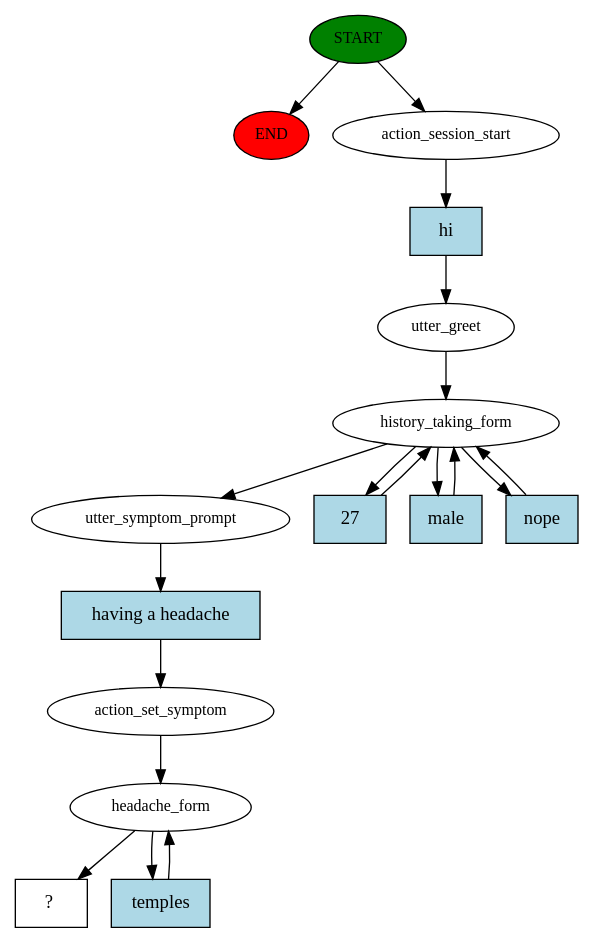
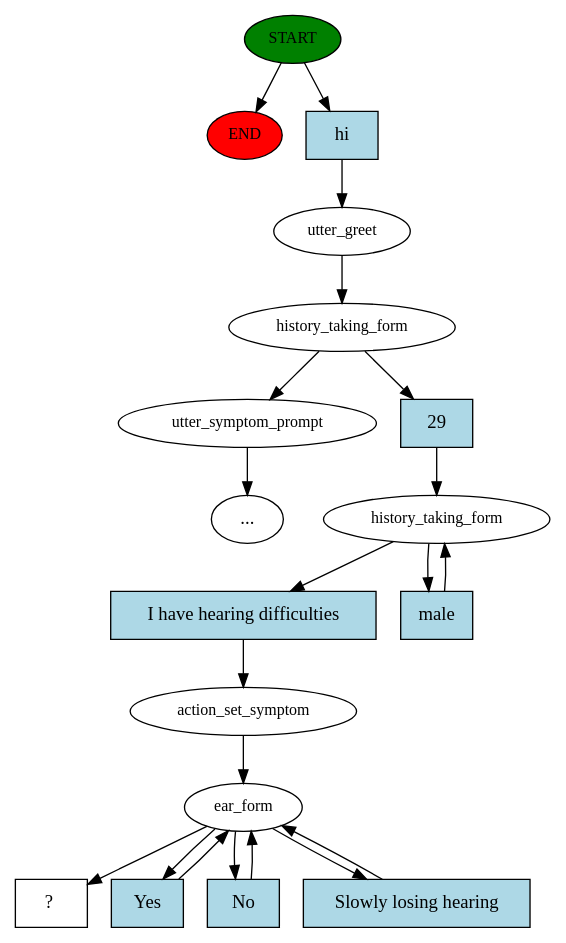
One commit to owen-yap/rasa-cyberlife changed the diagram in story_graph.dot. Above: the diagram before and after it, drawn with Graphviz. The commit also changed 21 other files, not shown here.

```diff
--- a/story_graph.dot
+++ b/story_graph.dot
@@ -1,35 +1,39 @@
 digraph  {
 0 [class="start active", fillcolor=green, fontsize=12, label=START, style=filled];
 "-1" [class=end, fillcolor=red, fontsize=12, label=END, style=filled];
-1 [class=active, fontsize=12, label=action_session_start];
-2 [class=active, fontsize=12, label=utter_greet];
-3 [class=active, fontsize=12, label=history_taking_form];
-7 [class=active, fontsize=12, label=utter_symptom_prompt];
+1 [class=active, fontsize=12, label=utter_greet];
+2 [class=active, fontsize=12, label=history_taking_form];
+3 [class="", fontsize=12, label=utter_symptom_prompt];
+"-3" [class=ellipsis, label="..."];
+6 [class=active, fontsize=12, label=history_taking_form];
 8 [class=active, fontsize=12, label=action_set_symptom];
-9 [class=active, fontsize=12, label=headache_form];
-11 [class="intent dashed active", label="  ?  ", shape=rect];
-12 [class="intent active", fillcolor=lightblue, label=hi, shape=rect, style=filled];
-13 [class="intent active", fillcolor=lightblue, label=27, shape=rect, style=filled];
-14 [class="intent active", fillcolor=lightblue, label=male, shape=rect, style=filled];
-15 [class="intent active", fillcolor=lightblue, label=nope, shape=rect, style=filled];
-16 [class="intent active", fillcolor=lightblue, label="having a headache", shape=rect, style=filled];
-17 [class="intent active", fillcolor=lightblue, label=temples, shape=rect, style=filled];
+9 [class=active, fontsize=12, label=ear_form];
+13 [class="intent dashed active", label="  ?  ", shape=rect];
+14 [class="intent active", fillcolor=lightblue, label=hi, shape=rect, style=filled];
+15 [class="intent active", fillcolor=lightblue, label=29, shape=rect, style=filled];
+16 [class="intent active", fillcolor=lightblue, label="I have hearing difficulties", shape=rect, style=filled];
+17 [class="intent active", fillcolor=lightblue, label=male, shape=rect, style=filled];
+18 [class="intent active", fillcolor=lightblue, label=Yes, shape=rect, style=filled];
+19 [class="intent active", fillcolor=lightblue, label=No, shape=rect, style=filled];
+20 [class="intent active", fillcolor=lightblue, label="Slowly losing hearing", shape=rect, style=filled];
 0 -> "-1"  [class="", key=NONE, label=""];
-0 -> 1  [class=active, key=NONE, label=""];
-1 -> 12  [class=active, key=0];
-2 -> 3  [class=active, key=NONE, label=""];
-3 -> 7  [class=active, key=NONE, label=""];
-3 -> 13  [class=active, key=0];
-3 -> 14  [class=active, key=0];
-3 -> 15  [class=active, key=0];
-7 -> 16  [class=active, key=0];
+0 -> 14  [class=active, key=0];
+1 -> 2  [class=active, key=NONE, label=""];
+2 -> 3  [class="", key=NONE, label=""];
+2 -> 15  [class=active, key=0];
+3 -> "-3"  [class="", key=NONE, label=""];
+6 -> 16  [class=active, key=0];
+6 -> 17  [class=active, key=0];
 8 -> 9  [class=active, key=NONE, label=""];
-9 -> 11  [class=active, key=NONE, label=""];
-9 -> 17  [class=active, key=0];
-12 -> 2  [class=active, key=0];
-13 -> 3  [class=active, key=0];
-14 -> 3  [class=active, key=0];
-15 -> 3  [class=active, key=0];
+9 -> 13  [class=active, key=NONE, label=""];
+9 -> 18  [class=active, key=0];
+9 -> 19  [class=active, key=0];
+9 -> 20  [class=active, key=0];
+14 -> 1  [class=active, key=0];
+15 -> 6  [class=active, key=0];
 16 -> 8  [class=active, key=0];
-17 -> 9  [class=active, key=0];
+17 -> 6  [class=active, key=0];
+18 -> 9  [class=active, key=0];
+19 -> 9  [class=active, key=0];
+20 -> 9  [class=active, key=0];
 }
```
